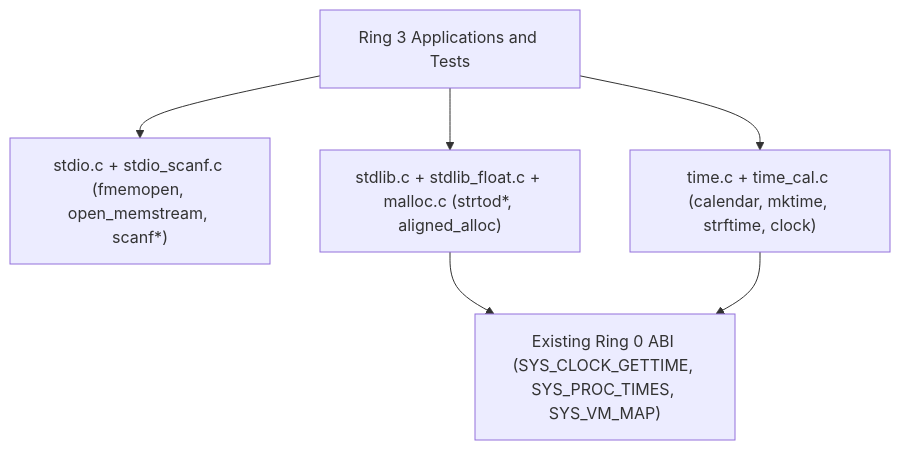
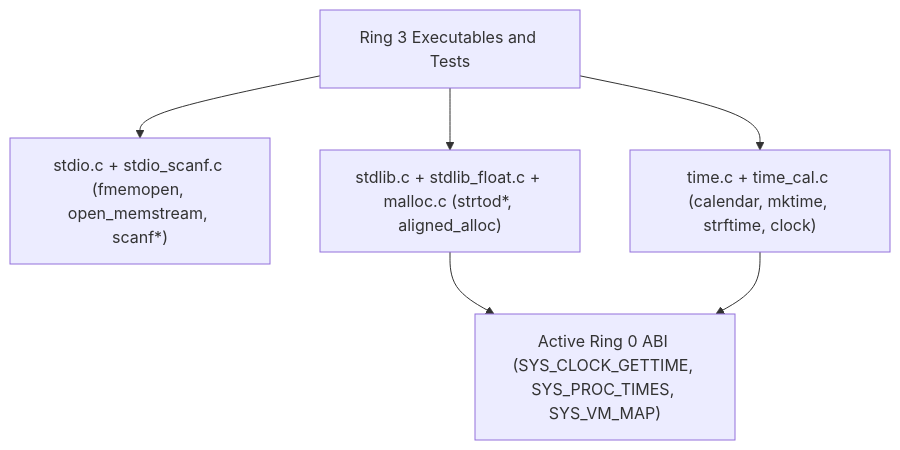
Before and after one commit to Deniz-Eren/microkernel: the diagram in docs/30-architecture/adr/ADR_0032.md, drawn with Mermaid. The commit also changed other lines of this file and 151 other files, not shown here.

````diff
--- a/docs/30-architecture/adr/ADR_0032.md
+++ b/docs/30-architecture/adr/ADR_0032.md
@@ -21,14 +21,14 @@
 ```mermaid
 flowchart TD
-    APP["Ring 3 Applications and Tests"]
+    APP["Ring 3 Executables and Tests"]
     STDIO["stdio.c + stdio_scanf.c (fmemopen, open_memstream, scanf*)"]
     STDLIB["stdlib.c + stdlib_float.c + malloc.c (strtod*, aligned_alloc)"]
     TIME["time.c + time_cal.c (calendar, mktime, strftime, clock)"]
-    K["Existing Ring 0 ABI (SYS_CLOCK_GETTIME, SYS_PROC_TIMES, SYS_VM_MAP)"]
+    K["Active Ring 0 ABI (SYS_CLOCK_GETTIME, SYS_PROC_TIMES, SYS_VM_MAP)"]
 
     APP --> STDIO
     APP --> STDLIB
     APP --> TIME
     STDLIB --> K
     TIME --> K
 ```
````
